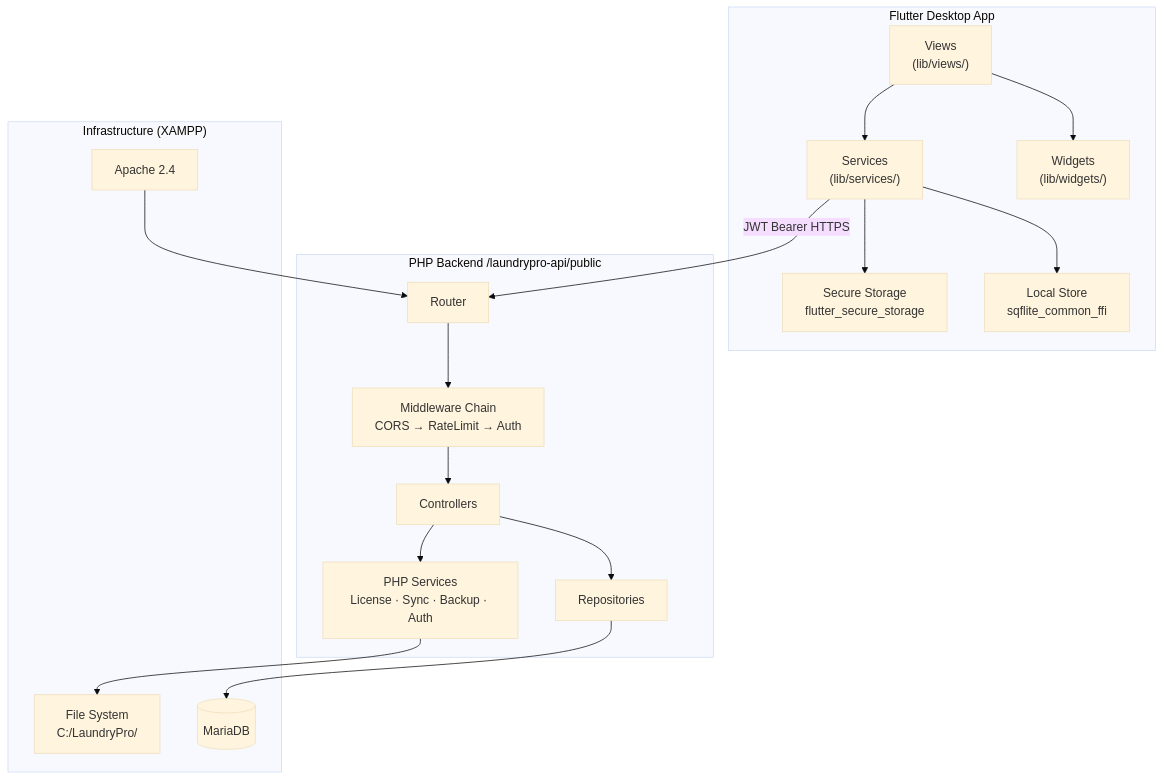
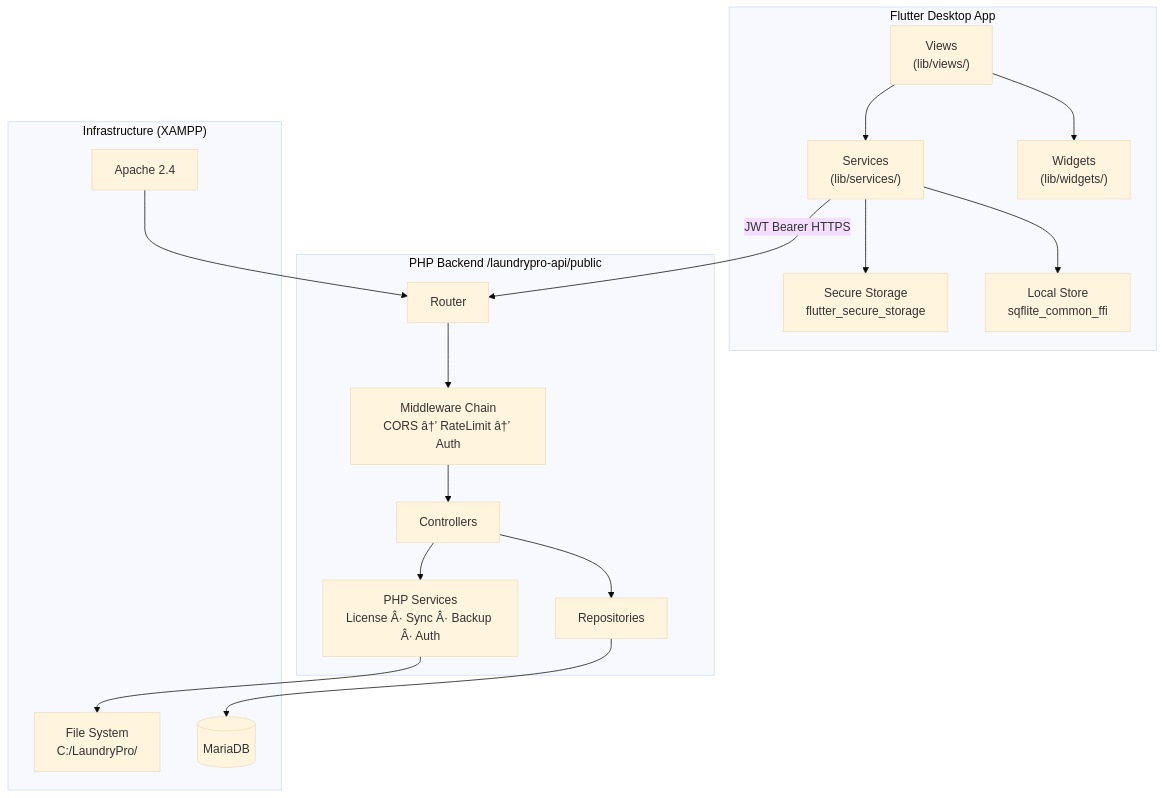
One commit to TheBestDeveloperTeam/UAE-Laundry-Pro changed the diagram in README.md. Above: the diagram before and after it, drawn with Mermaid (base theme). The commit also changed other lines of this file and 3 other files, not shown here.

Commit message:
docs: finalize ER-diagram, runtime algorithms, screens feature review, and update live docs

````diff
--- a/README.md
+++ b/README.md
@@ -69,35 +69,35 @@
 ```mermaid
 flowchart TD
     subgraph Flutter["Flutter Desktop App"]
         V["Views\n(lib/views/)"]
         W["Widgets\n(lib/widgets/)"]
         SVC["Services\n(lib/services/)"]
         LS["Local Store\nsqflite_common_ffi"]
         SEC["Secure Storage\nflutter_secure_storage"]
         V --> W
         V --> SVC
         SVC --> LS
         SVC --> SEC
     end
 
     subgraph API["PHP Backend  /laundrypro-api/public"]
         RT["Router"]
-        MW["Middleware Chain\nCORS → RateLimit → Auth"]
+        MW["Middleware Chain\nCORS â†’ RateLimit â†’ Auth"]
         CTRL["Controllers"]
         REPO["Repositories"]
-        PSVC["PHP Services\nLicense · Sync · Backup · Auth"]
+        PSVC["PHP Services\nLicense Â· Sync Â· Backup Â· Auth"]
         RT --> MW --> CTRL --> REPO
         CTRL --> PSVC
     end
 
     subgraph Infra["Infrastructure  (XAMPP)"]
         DB[("MariaDB")]
         FS["File System\nC:/LaundryPro/"]
         APACHE["Apache 2.4"]
     end
 
     SVC -->|"JWT Bearer  HTTPS"| RT
     REPO --> DB
     PSVC --> FS
     APACHE --> RT
 ```
````
